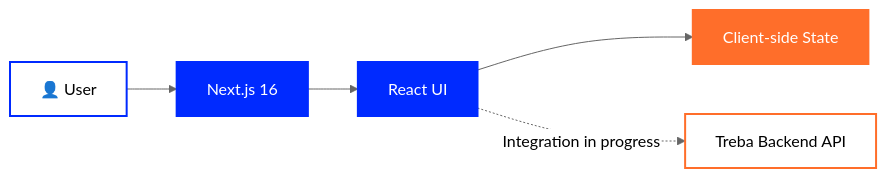
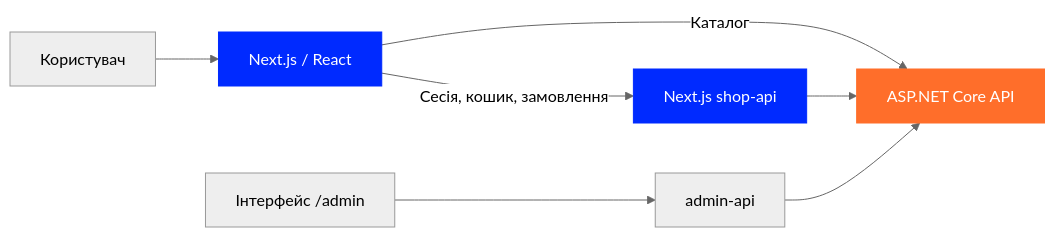
One commit to tr3ba/treba-frontend changed the diagram in README.md. Above: the diagram before and after it, drawn with Mermaid (neutral theme). The commit also changed other lines of this file, not shown here.

````diff
--- a/README.md
+++ b/README.md
@@ -101,20 +85,12 @@
 ```mermaid
 flowchart LR
-
-    USER["👤 User"]
-    NEXT["Next.js 16"]
-    REACT["React UI"]
-    STATE["Client-side State"]
-    API["Treba Backend API"]
-
-    USER --> NEXT
-    NEXT --> REACT
-    REACT --> STATE
-    REACT -.->|"Integration in progress"| API
-
-    style USER fill:#ffffff,color:#000000,stroke:#002AFF,stroke-width:2px
-    style NEXT fill:#002AFF,color:#ffffff,stroke:#002AFF,stroke-width:2px
-    style REACT fill:#002AFF,color:#ffffff,stroke:#002AFF,stroke-width:2px
-    style STATE fill:#FF6E2A,color:#ffffff,stroke:#FF6E2A,stroke-width:2px
-    style API fill:#ffffff,color:#000000,stroke:#FF6E2A,stroke-width:2px
+    USER["Користувач"] --> UI["Next.js / React"]
+    UI -->|"Каталог"| API["ASP.NET Core API"]
+    UI -->|"Сесія, кошик, замовлення"| PROXY["Next.js shop-api"]
+    PROXY --> API
+    ADMIN["Інтерфейс /admin"] --> STAFF["admin-api"]
+    STAFF --> API
+    style UI fill:#002AFF,color:#ffffff,stroke:#002AFF
+    style PROXY fill:#002AFF,color:#ffffff,stroke:#002AFF
+    style API fill:#FF6E2A,color:#ffffff,stroke:#FF6E2A
 ```
````
